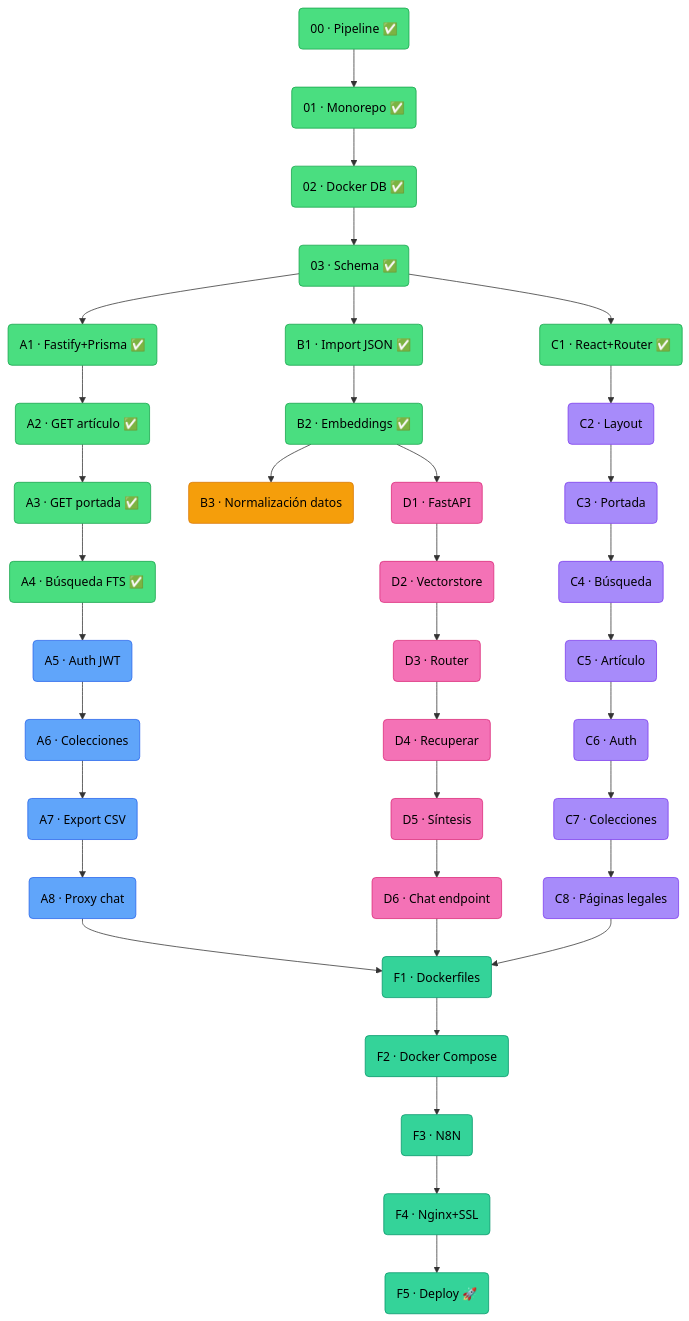
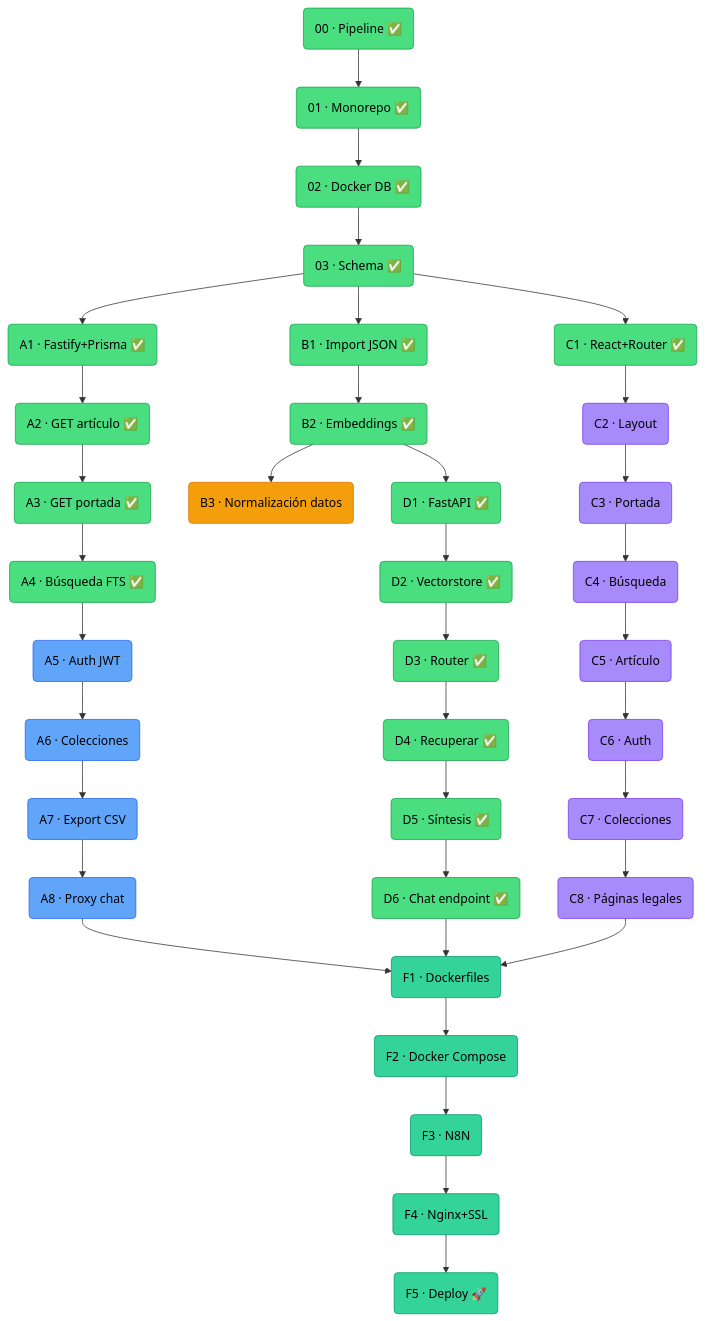
The diagram in README.md (Daniel-kripta/Proyecto_Final_Full_Stack_-_Sansofe_WebApp), drawn with Mermaid before and after one commit. The commit also changed 3 other files, not shown here.

Commit message:
feat: Phases D - parameter configurable by user in chat endpoint

````diff
--- a/README.md
+++ b/README.md
@@ -173,53 +173,53 @@
 ```mermaid
 graph TD
     P00("00 · Pipeline ✅"):::done --> P01("01 · Monorepo ✅"):::done
     P01 --> P02("02 · Docker DB ✅"):::done
     P02 --> P03("03 · Schema ✅"):::done
 
     P03 --> A1("A1 · Fastify+Prisma ✅"):::done
     P03 --> B1("B1 · Import JSON ✅"):::done
     P03 --> C1("C1 · React+Router ✅"):::done
 
     A1 --> A2("A2 · GET artículo ✅"):::done
     A2 --> A3("A3 · GET portada ✅"):::done
     A3 --> A4("A4 · Búsqueda FTS ✅"):::done
     A4 --> A5("A5 · Auth JWT"):::backend
     A5 --> A6("A6 · Colecciones"):::backend
     A6 --> A7("A7 · Export CSV"):::backend
     A7 --> A8("A8 · Proxy chat"):::backend
 
     B1 --> B2("B2 · Embeddings ✅"):::done
     B2 --> B3("B3 · Normalización datos"):::data
 
     C1 --> C2("C2 · Layout"):::frontend
     C2 --> C3("C3 · Portada"):::frontend
     C3 --> C4("C4 · Búsqueda"):::frontend
     C4 --> C5("C5 · Artículo"):::frontend
     C5 --> C6("C6 · Auth"):::frontend
     C6 --> C7("C7 · Colecciones"):::frontend
     C7 --> C8("C8 · Páginas legales"):::frontend
 
-    B2 --> D1("D1 · FastAPI"):::ai
-    D1 --> D2("D2 · Vectorstore"):::ai
-    D2 --> D3("D3 · Router"):::ai
-    D3 --> D4("D4 · Recuperar"):::ai
-    D4 --> D5("D5 · Síntesis"):::ai
-    D5 --> D6("D6 · Chat endpoint"):::ai
+    B2 --> D1("D1 · FastAPI ✅"):::done
+    D1 --> D2("D2 · Vectorstore ✅"):::done
+    D2 --> D3("D3 · Router ✅"):::done
+    D3 --> D4("D4 · Recuperar ✅"):::done
+    D4 --> D5("D5 · Síntesis ✅"):::done
+    D5 --> D6("D6 · Chat endpoint ✅"):::done
 
     A8 --> F1("F1 · Dockerfiles"):::deploy
     C8 --> F1
     D6 --> F1
 
     F1 --> F2("F2 · Docker Compose"):::deploy
     F2 --> F3("F3 · N8N"):::deploy
     F3 --> F4("F4 · Nginx+SSL"):::deploy
     F4 --> F5("F5 · Deploy 🚀"):::deploy
 
     classDef done fill:#4ade80,stroke:#16a34a,color:#000
     classDef setup fill:#94a3b8,stroke:#475569,color:#000
     classDef backend fill:#60a5fa,stroke:#2563eb,color:#000
     classDef data fill:#f59e0b,stroke:#d97706,color:#000
     classDef frontend fill:#a78bfa,stroke:#7c3aed,color:#000
     classDef ai fill:#f472b6,stroke:#db2777,color:#000
     classDef deploy fill:#34d399,stroke:#059669,color:#000
 ```
````
